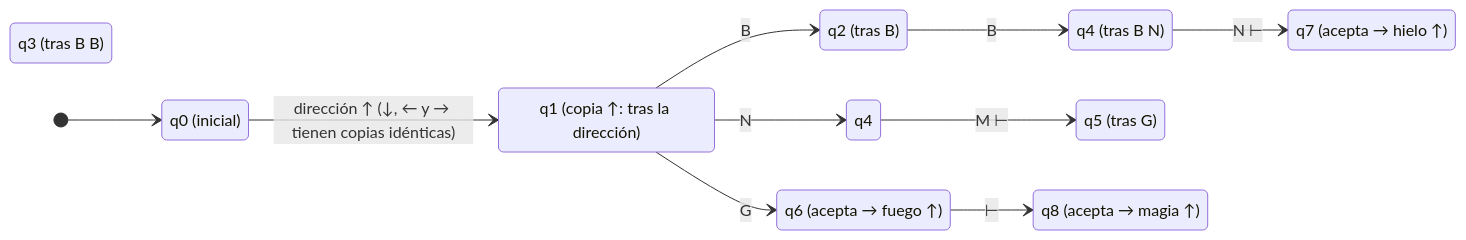
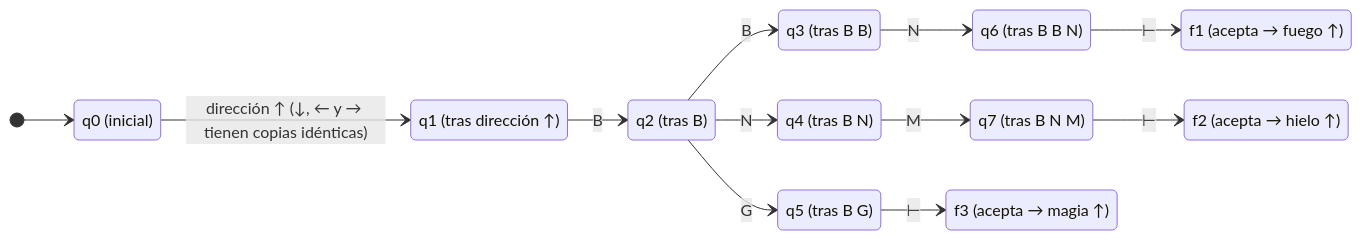
The fifth of 7 diagrams in README.md (JP-Danix/Proyecto_lenguajes), drawn with Mermaid before and after one commit. The commit also changed other lines of this file, not shown here.

Commit message:
cambios menores

````diff
--- a/README.md
+++ b/README.md
@@ -626,27 +625,27 @@
 ```mermaid
 stateDiagram-v2
     direction LR
-
     state "q0 (inicial)" as q0
-    state "q1 (copia ↑: tras la dirección)" as q1
+    state "q1 (tras dirección ↑)" as q1
     state "q2 (tras B)" as q2
-    state "q3 (tras B B)" as qF
-    state "q4 (tras B N)" as q3
-    state "q5 (tras G)" as q7
-    state "q6 (acepta → fuego ↑)" as q5
-    state "q7 (acepta → hielo ↑)" as q6
-    state "q8 (acepta → magia ↑)" as q8
+    state "q3 (tras B B)" as q3
+    state "q4 (tras B N)" as q4
+    state "q5 (tras B G)" as q5
+    state "q6 (tras B B N)" as q6
+    state "q7 (tras B N M)" as q7
+    state "f1 (acepta → fuego ↑)" as f1
+    state "f2 (acepta → hielo ↑)" as f2
+    state "f3 (acepta → magia ↑)" as f3
 
     [*] --> q0
-
     q0 --> q1 : dirección ↑ (↓, ← y → tienen copias idénticas)
-
     q1 --> q2 : B
     q2 --> q3 : B
-    q1 --> q4 : N
-    q1 --> q5 : G
-
-    q3 --> q6 : N ⊢
-    q4 --> q7 : M ⊢
-    q5 --> q8 : ⊢
+    q2 --> q4 : N
+    q2 --> q5 : G
+    q3 --> q6 : N
+    q4 --> q7 : M
+    q6 --> f1 : ⊢
+    q7 --> f2 : ⊢
+    q5 --> f3 : ⊢
 ```
````
